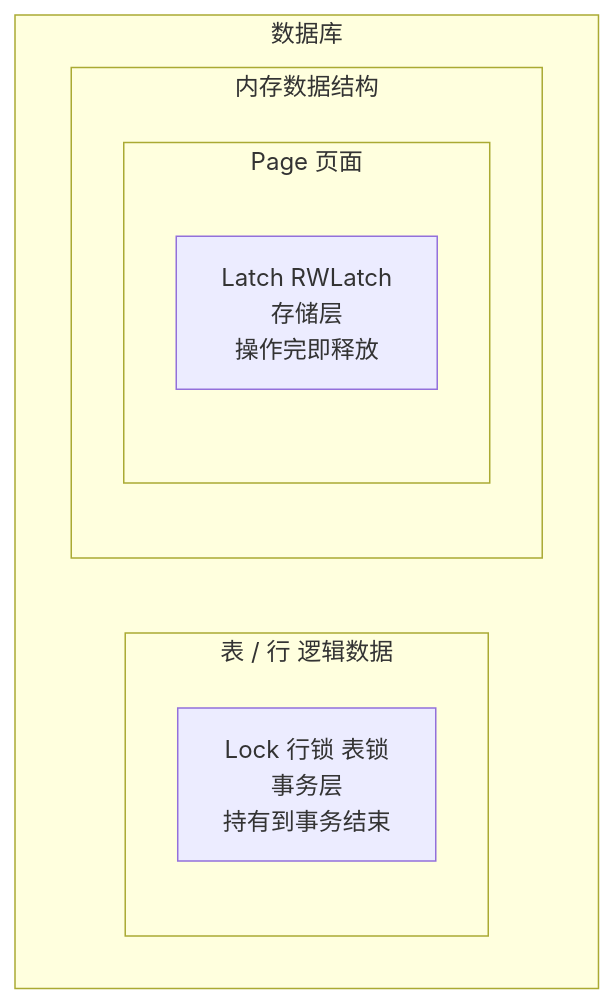
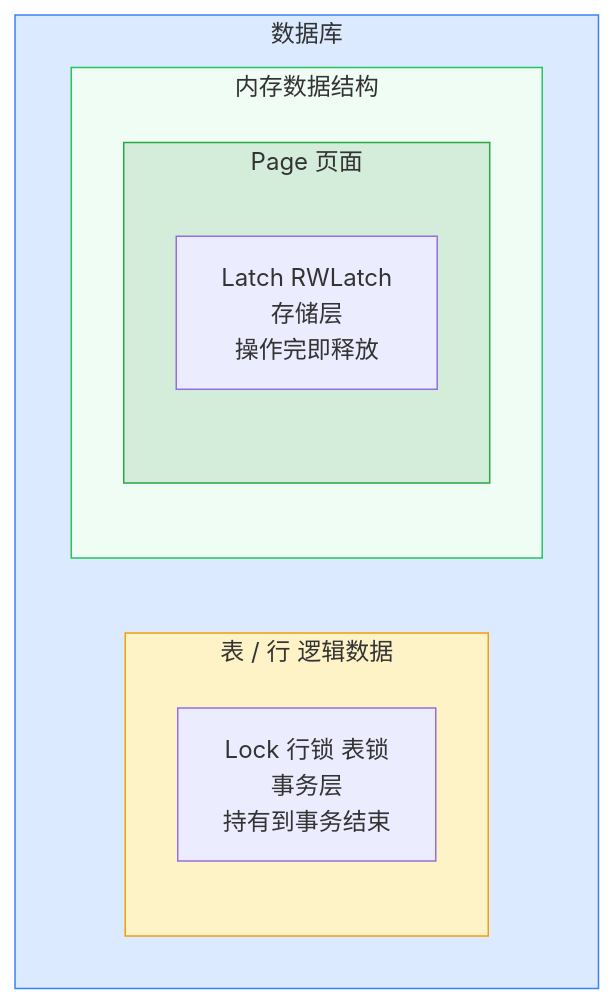
The first of 4 diagrams in my-analysis/01-storage-layer/07-rwlatch.md (Dorian7Alden/RMDB-2024-Analyze), drawn with Mermaid before and after one commit. The commit also changed other lines of this file, not shown here.

Commit message:
兼容性矩阵改表格，层级子图加逐层颜色区分

````diff
--- a/my-analysis/01-storage-layer/07-rwlatch.md
+++ b/my-analysis/01-storage-layer/07-rwlatch.md
@@ -97,13 +86,17 @@
 ```mermaid
 flowchart TB
     subgraph db["数据库"]
+        style db fill:#dbeafe,stroke:#3b82f6
         subgraph tab["表 / 行 逻辑数据"]
+            style tab fill:#fef3c7,stroke:#f59e0b
             lock["Lock 行锁 表锁<br/>事务层<br/>持有到事务结束"]
         end
         subgraph mem["内存数据结构"]
+            style mem fill:#f0fdf4,stroke:#22c55e
             subgraph page["Page 页面"]
+                style page fill:#d4edda,stroke:#28a745
                 latch["Latch RWLatch<br/>存储层<br/>操作完即释放"]
             end
         end
     end
 ```
````
